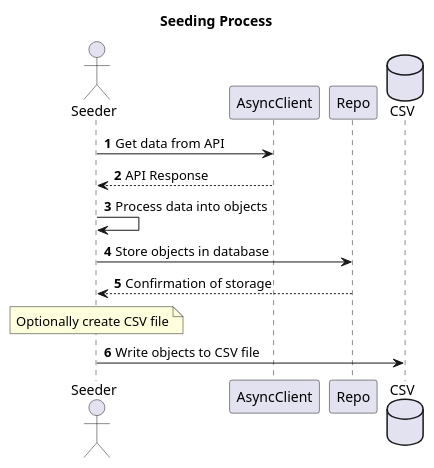
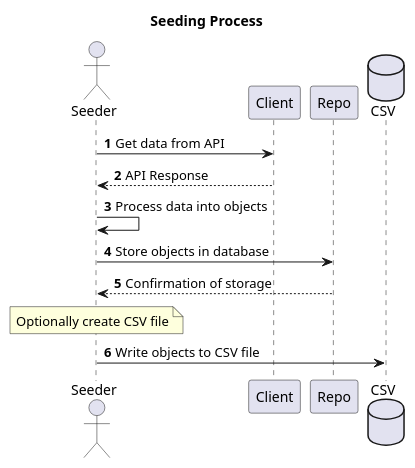
The diagram in docs/diagram/seed.plantuml (AlgoETS/AINewsTracker), drawn with PlantUML before and after one commit. The commit also changed 6 other files, not shown here.

```diff
--- a/docs/diagram/seed.plantuml
+++ b/docs/diagram/seed.plantuml
@@ -1,19 +1,19 @@
 @startuml
 title Seeding Process
 
 autonumber
 
 actor Seeder
-participant AsyncClient as Client
+participant Client as Client
 participant Repo as Database
 database CSV
 
 Seeder -> Client: Get data from API
 Client --> Seeder: API Response
 Seeder -> Seeder: Process data into objects
 Seeder -> Database: Store objects in database
 Database --> Seeder: Confirmation of storage
 
 note over Seeder: Optionally create CSV file
 Seeder -> CSV: Write objects to CSV file
 @enduml
```
